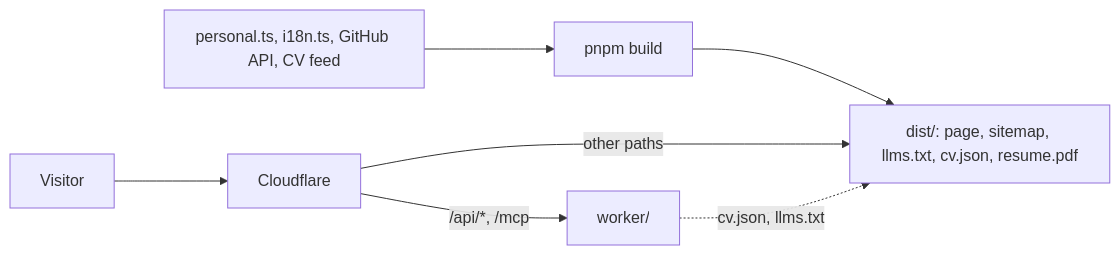
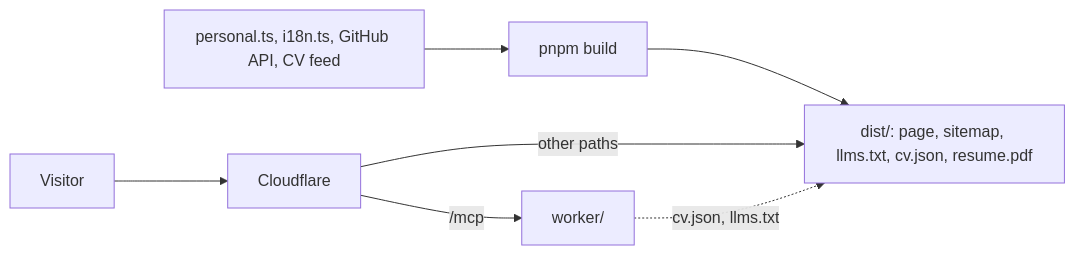
The diagram in README.md (pavstev/website), drawn with Mermaid before and after one commit. The commit also changed other lines of this file and 29 other files, not shown here.

````diff
--- a/README.md
+++ b/README.md
@@ -23,8 +22,8 @@
 ```mermaid
 flowchart LR
   data["personal.ts, i18n.ts, GitHub API, CV feed"] --> build["pnpm build"] --> dist["dist/: page, sitemap, llms.txt, cv.json, resume.pdf"]
   visitor["Visitor"] --> cf["Cloudflare"]
   cf -- "other paths" --> dist
-  cf -- "/api/*, /mcp" --> worker["worker/"]
+  cf -- "/mcp" --> worker["worker/"]
   worker -. "cv.json, llms.txt" .-> dist
 ```
````
